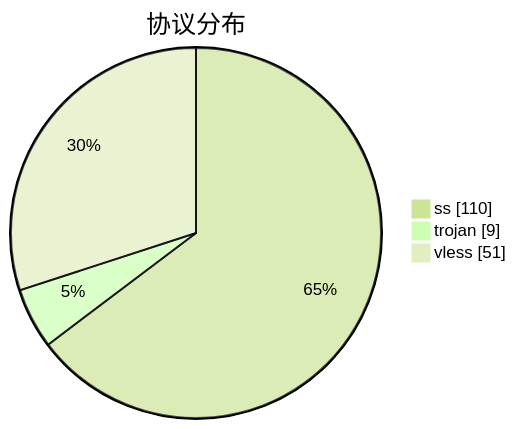
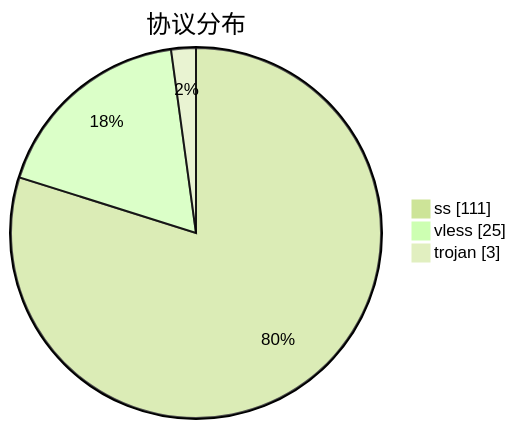
One commit to qjlxg/airport changed the third of 3 diagrams in subs/statistics/tested_within.md. Above: the diagram before and after it, drawn with Mermaid (forest theme). The commit also changed other lines of this file and 2 other files, not shown here.

````diff
--- a/subs/statistics/tested_within.md
+++ b/subs/statistics/tested_within.md
@@ -30,7 +30,7 @@
 ```mermaid
 pie showData
 title 协议分布
-"ss" : 110
-"trojan" : 9
-"vless" : 51
+"ss" : 111
+"vless" : 25
+"trojan" : 3
 ```
````
